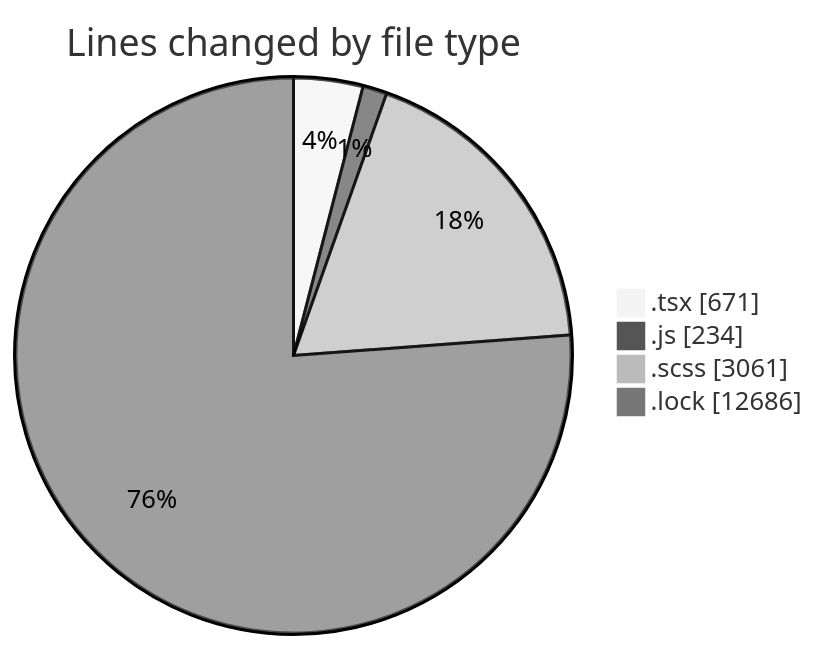
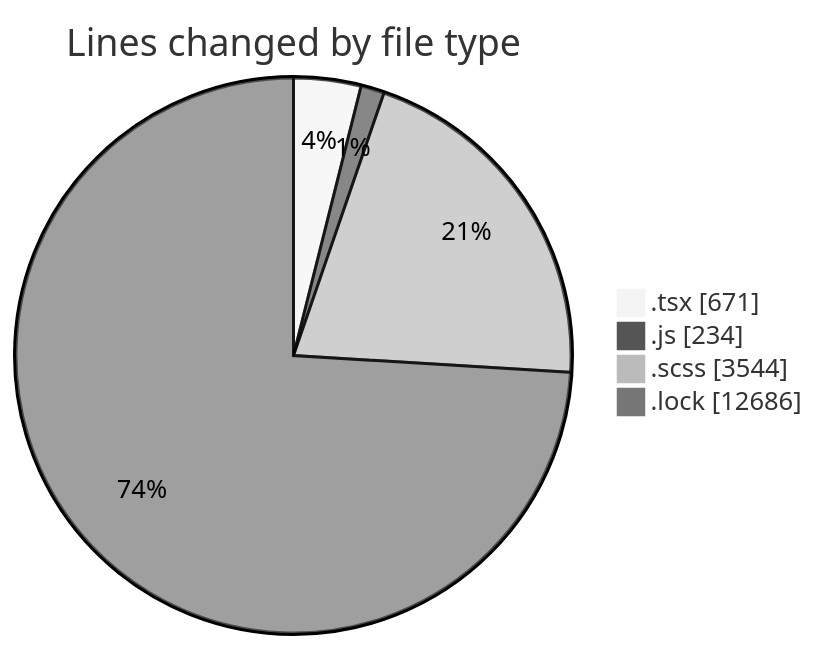
Before and after one commit to momahboobian/code-tracking: the first of 2 diagrams in 2026-01-22/cda-web-components/README.md, drawn with Mermaid (neutral theme). The commit also changed other lines of this file and 1 other file, not shown here.

````diff
--- a/2026-01-22/cda-web-components/README.md
+++ b/2026-01-22/cda-web-components/README.md
@@ -54,8 +55,8 @@
 ```mermaid
 pie showData
 title Lines changed by file type
 ".tsx" : 671
 ".js" : 234
-".scss" : 3061
+".scss" : 3544
 ".lock" : 12686
 ```
````
